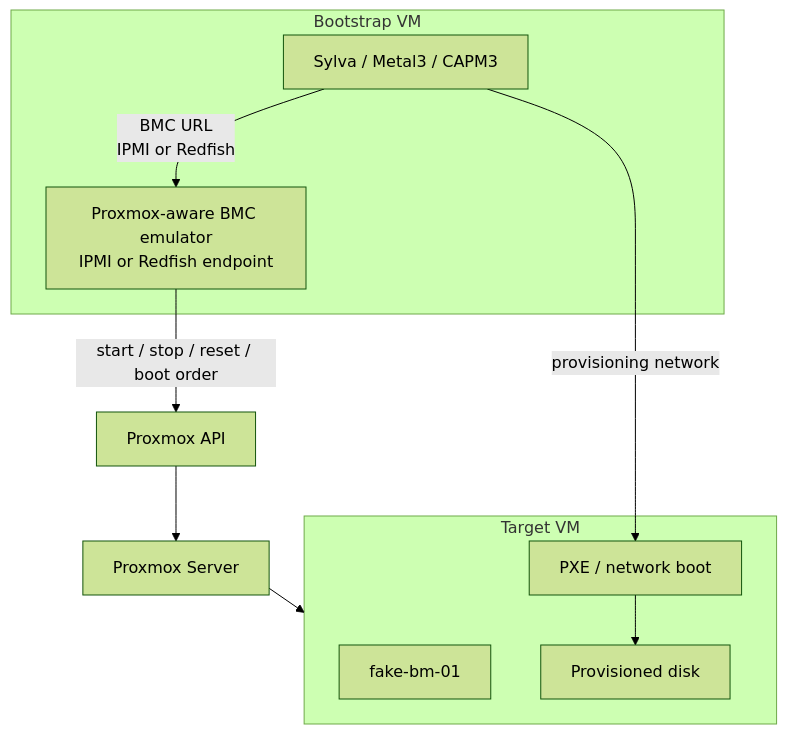
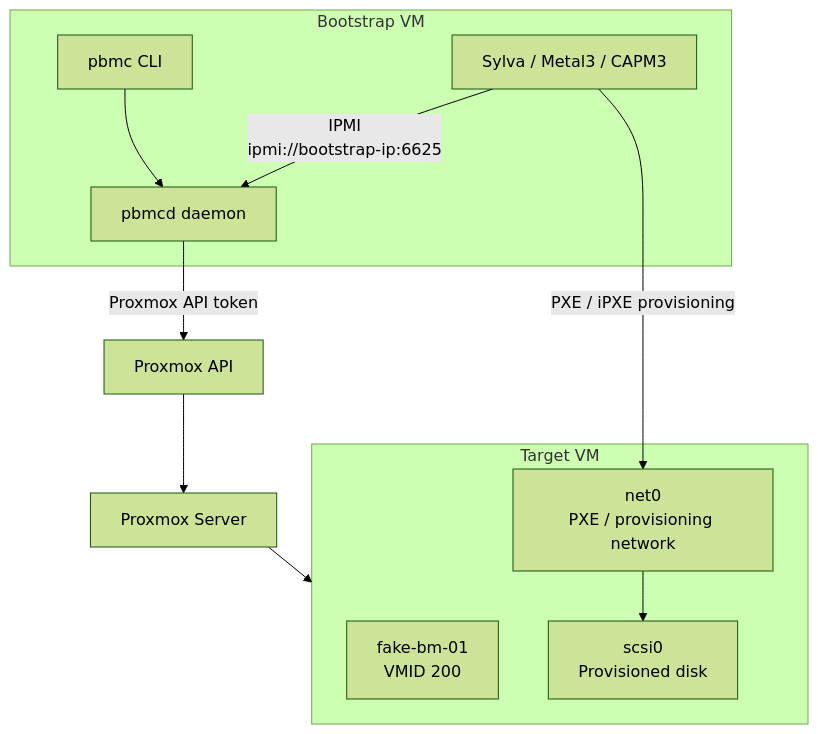
Before and after one commit to mohammedelnageb/Sylva_OIE_Project: the fourth of 4 diagrams in docs/baremetal/README.md, drawn with Mermaid (forest theme). The commit also changed other lines of this file, not shown here.

Commit message:
Validate ProxmoxBMC Option B steps

````diff
--- a/docs/baremetal/README.md
+++ b/docs/baremetal/README.md
@@ -428,23 +429,25 @@
 ```mermaid
 flowchart TB
     proxmox["Proxmox Server"]
     api["Proxmox API"]
 
     subgraph bootstrap["Bootstrap VM"]
         sylva["Sylva / Metal3 / CAPM3"]
-        emulator["Proxmox-aware BMC emulator<br/>IPMI or Redfish endpoint"]
+        pbmcd["pbmcd daemon"]
+        pbmc["pbmc CLI"]
     end
 
     subgraph target["Target VM"]
-        fakebm["fake-bm-01"]
-        pxe["PXE / network boot"]
-        disk["Provisioned disk"]
+        fakebm["fake-bm-01<br/>VMID 200"]
+        net0["net0<br/>PXE / provisioning network"]
+        disk["scsi0<br/>Provisioned disk"]
     end
 
-    sylva -->|"BMC URL<br/>IPMI or Redfish"| emulator
-    emulator -->|"start / stop / reset / boot order"| api
+    sylva -->|"IPMI<br/>ipmi://bootstrap-ip:6625"| pbmcd
+    pbmc --> pbmcd
+    pbmcd -->|"Proxmox API token"| api
     api --> proxmox
     proxmox --> target
-    sylva -->|"provisioning network"| pxe
-    pxe --> disk
+    sylva -->|"PXE / iPXE provisioning"| net0
+    net0 --> disk
 ```
````
